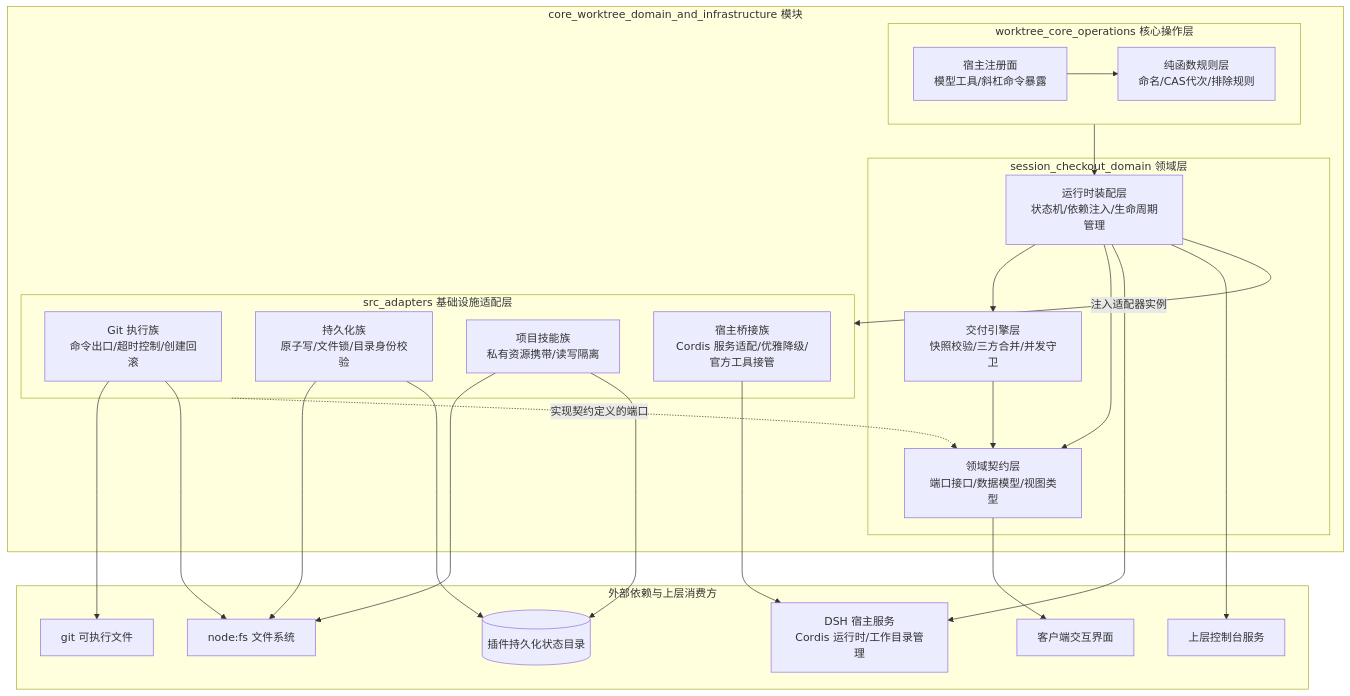
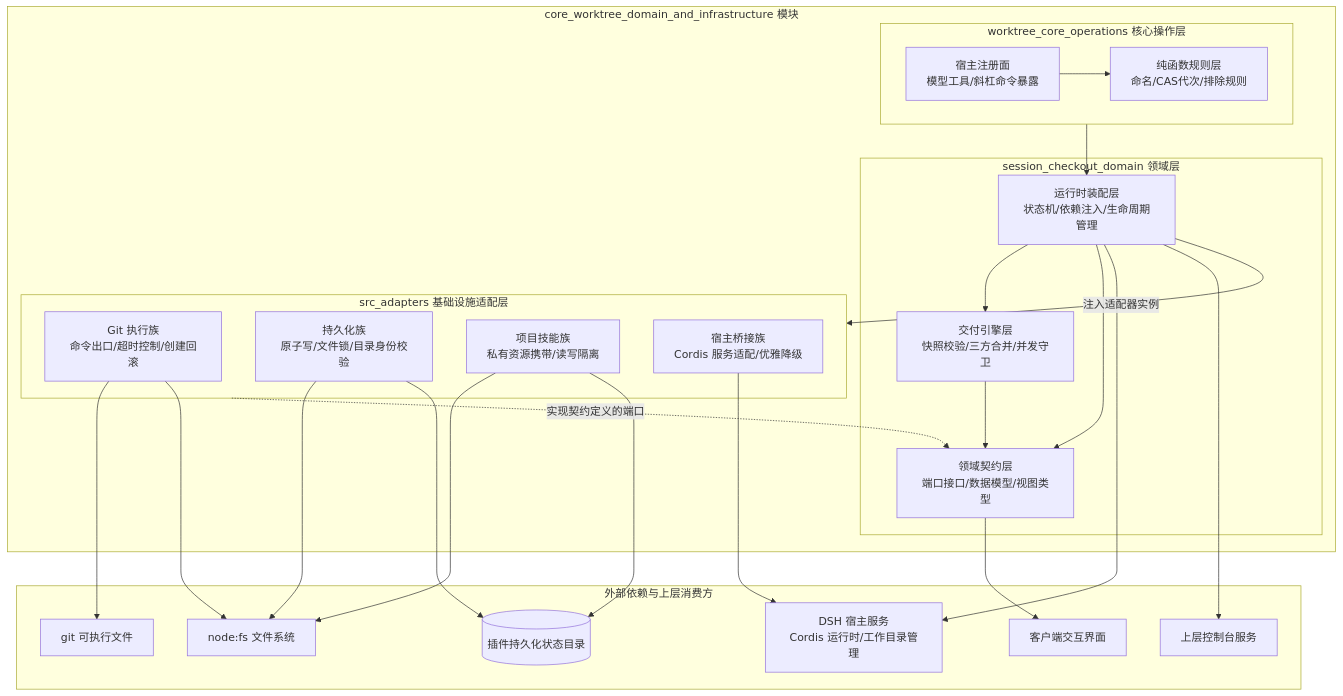
The diagram in .codewiki/_techdocs/docs/core_worktree_domain_and_infrastructure.md (ikliml666/dsh-git-workspace), drawn with Mermaid before and after one commit. The commit also changed other lines of this file and 71 other files, not shown here.

````diff
--- a/.codewiki/_techdocs/docs/core_worktree_domain_and_infrastructure.md
+++ b/.codewiki/_techdocs/docs/core_worktree_domain_and_infrastructure.md
@@ -19,49 +19,49 @@
 ```mermaid
 flowchart TB
     subgraph CORE["core_worktree_domain_and_infrastructure 模块"]
         subgraph DOMAIN["session_checkout_domain 领域层"]
             CONTRACTS["领域契约层<br/>端口接口/数据模型/视图类型"]
             ENGINE["交付引擎层<br/>快照校验/三方合并/并发守卫"]
             RUNTIME["运行时装配层<br/>状态机/依赖注入/生命周期管理"]
         end
 
         subgraph ADAPTERS["src_adapters 基础设施适配层"]
             GITAD["Git 执行族<br/>命令出口/超时控制/创建回滚"]
             PERSISTAD["持久化族<br/>原子写/文件锁/目录身份校验"]
             SKILLAD["项目技能族<br/>私有资源携带/读写隔离"]
-            HOSTAD["宿主桥接族<br/>Cordis 服务适配/优雅降级/官方工具接管"]
+            HOSTAD["宿主桥接族<br/>Cordis 服务适配/优雅降级"]
         end
 
         subgraph OPS["worktree_core_operations 核心操作层"]
             RULES["纯函数规则层<br/>命名/CAS代次/排除规则"]
             TOOLS["宿主注册面<br/>模型工具/斜杠命令暴露"]
         end
     end
 
     subgraph EXTERNAL["外部依赖与上层消费方"]
         HOST["DSH 宿主服务<br/>Cordis 运行时/工作目录管理"]
         GITBIN["git 可执行文件"]
         NODEFS["node:fs 文件系统"]
         DISK[("插件持久化状态目录")]
         CONSOLE["上层控制台服务"]
         CLIENT["客户端交互界面"]
     end
 
     RUNTIME --> ENGINE
     RUNTIME --> CONTRACTS
     ENGINE --> CONTRACTS
     ADAPTERS -. "实现契约定义的端口" .-> CONTRACTS
     RUNTIME -->|注入适配器实例| ADAPTERS
     OPS --> RUNTIME
     TOOLS --> RULES
     GITAD --> GITBIN
     GITAD --> NODEFS
     PERSISTAD --> NODEFS
     PERSISTAD --> DISK
     SKILLAD --> NODEFS
     SKILLAD --> DISK
     HOSTAD --> HOST
     RUNTIME --> HOST
     RUNTIME --> CONSOLE
     CONTRACTS --> CLIENT
 ```
````
